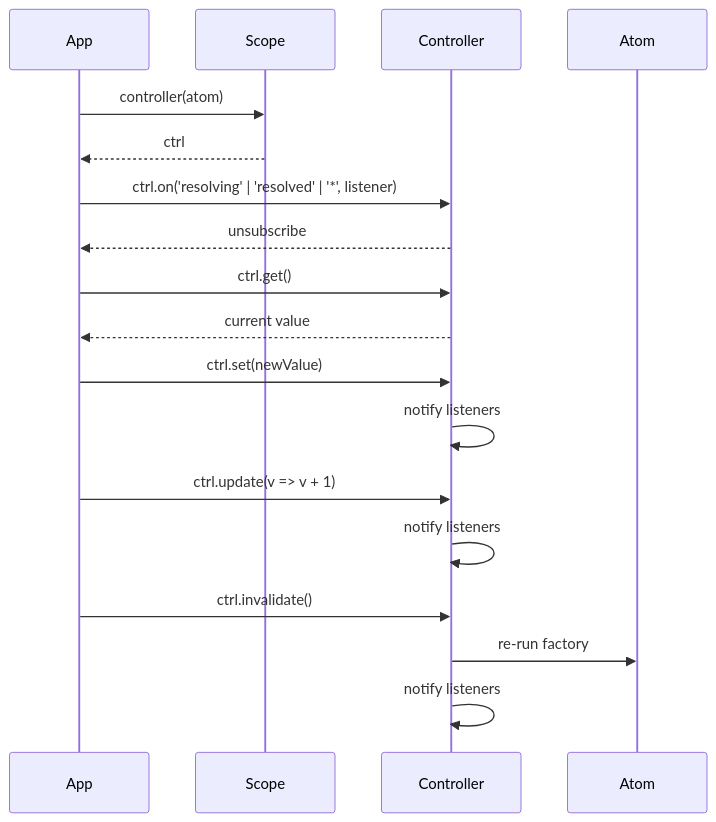
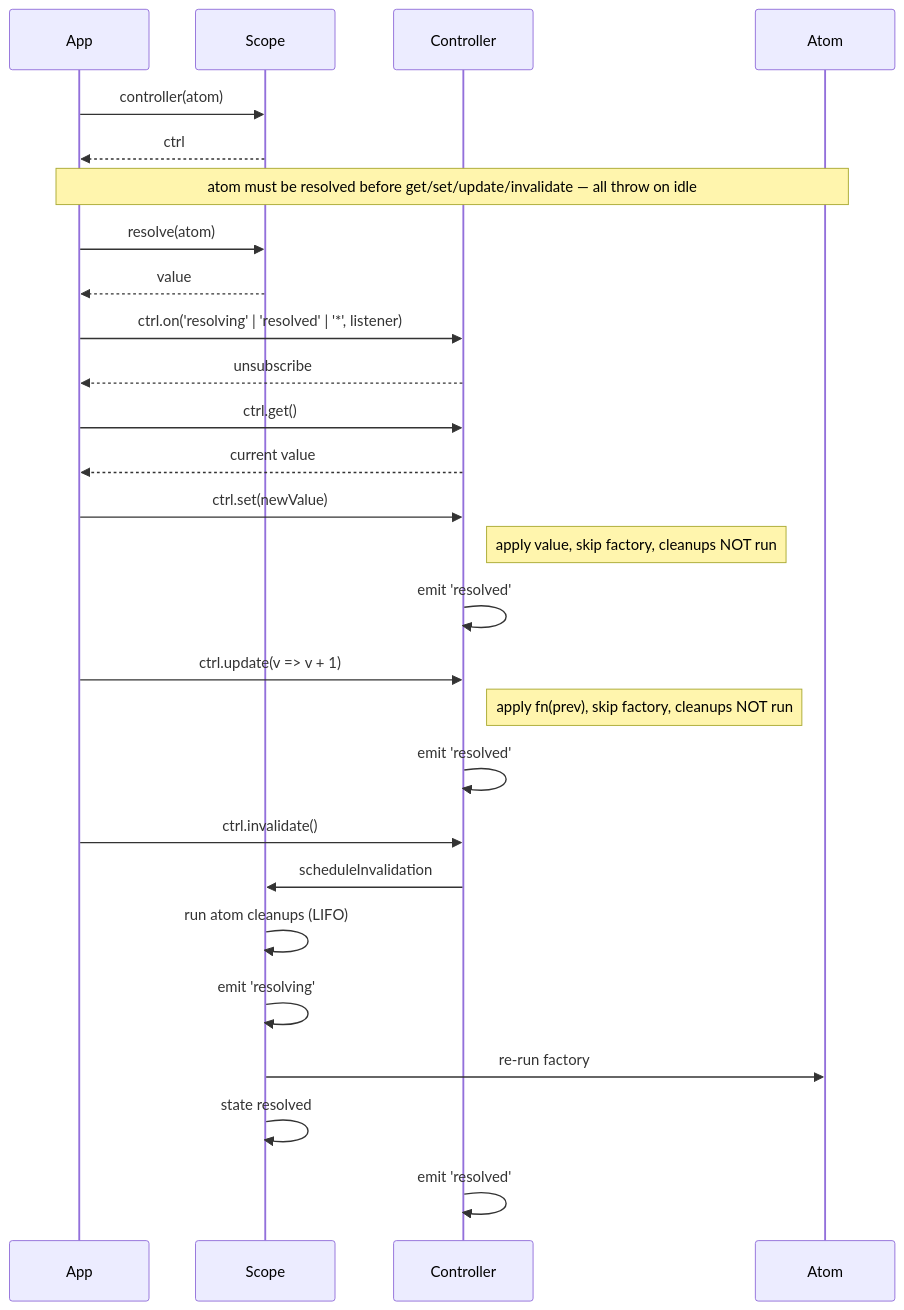
The fourth of 11 diagrams in packages/lite/PATTERNS.md (pumped-fn/pumped-fn), drawn with Mermaid before and after one commit. The commit also changed other lines of this file and 96 other files, not shown here.

````diff
--- a/packages/lite/PATTERNS.md
+++ b/packages/lite/PATTERNS.md
@@ -152,26 +154,36 @@
 ```mermaid
 sequenceDiagram
     participant App
     participant Scope
     participant Ctrl as Controller
     participant Atom
 
     App->>Scope: controller(atom)
     Scope-->>App: ctrl
 
+    Note over App,Atom: atom must be resolved before get/set/update/invalidate — all throw on idle
+    App->>Scope: resolve(atom)
+    Scope-->>App: value
+
     App->>Ctrl: ctrl.on('resolving' | 'resolved' | '*', listener)
     Ctrl-->>App: unsubscribe
 
     App->>Ctrl: ctrl.get()
     Ctrl-->>App: current value
 
     App->>Ctrl: ctrl.set(newValue)
-    Ctrl->>Ctrl: notify listeners
+    Note right of Ctrl: apply value, skip factory, cleanups NOT run
+    Ctrl->>Ctrl: emit 'resolved'
 
     App->>Ctrl: ctrl.update(v => v + 1)
-    Ctrl->>Ctrl: notify listeners
+    Note right of Ctrl: apply fn(prev), skip factory, cleanups NOT run
+    Ctrl->>Ctrl: emit 'resolved'
 
     App->>Ctrl: ctrl.invalidate()
-    Ctrl->>Atom: re-run factory
-    Ctrl->>Ctrl: notify listeners
+    Ctrl->>Scope: scheduleInvalidation
+    Scope->>Scope: run atom cleanups (LIFO)
+    Scope->>Scope: emit 'resolving'
+    Scope->>Atom: re-run factory
+    Scope->>Scope: state resolved
+    Ctrl->>Ctrl: emit 'resolved'
 ```
````
